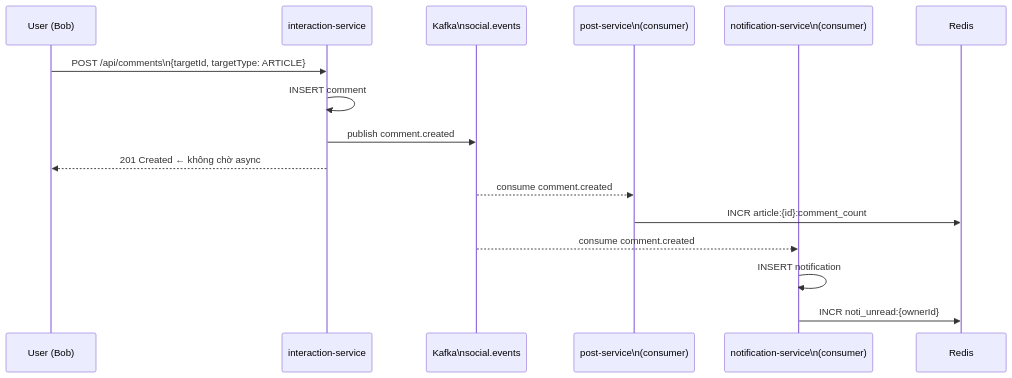
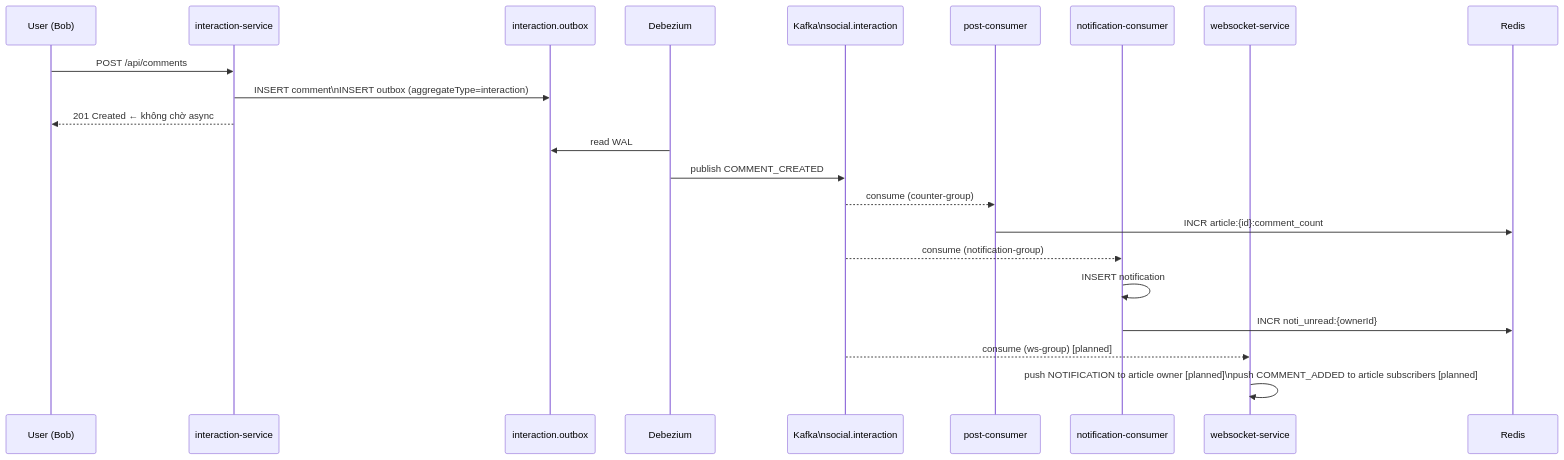
Before and after one commit to nguyen-tri-nhan/mini-social-network: the fourth of 6 diagrams in specs/be-overview.md, drawn with Mermaid. The commit also changed other lines of this file and 12 other files, not shown here.

````diff
--- a/specs/be-overview.md
+++ b/specs/be-overview.md
@@ -100,21 +170,29 @@
 ```mermaid
 sequenceDiagram
     participant U as User (Bob)
     participant IS as interaction-service
-    participant K as Kafka\nsocial.events
-    participant PS as post-service\n(consumer)
-    participant NS as notification-service\n(consumer)
+    participant DB as interaction.outbox
+    participant DEZ as Debezium
+    participant K as Kafka\nsocial.interaction
+    participant PC as post-consumer
+    participant NC as notification-consumer
+    participant WS as websocket-service
     participant R as Redis
 
-    U->>IS: POST /api/comments\n{targetId, targetType: ARTICLE}
-    IS->>IS: INSERT comment
-    IS->>K: publish comment.created
-    IS-->>U: 201 Created  ← không chờ async
+    U->>IS: POST /api/comments
+    IS->>DB: INSERT comment\nINSERT outbox (aggregateType=interaction)
+    IS-->>U: 201 Created ← không chờ async
 
-    K-->>PS: consume comment.created
-    PS->>R: INCR article:{id}:comment_count
+    DEZ->>DB: read WAL
+    DEZ->>K: publish COMMENT_CREATED
 
-    K-->>NS: consume comment.created
-    NS->>NS: INSERT notification
-    NS->>R: INCR noti_unread:{ownerId}
+    K-->>PC: consume (counter-group)
+    PC->>R: INCR article:{id}:comment_count
+
+    K-->>NC: consume (notification-group)
+    NC->>NC: INSERT notification
+    NC->>R: INCR noti_unread:{ownerId}
+
+    K-->>WS: consume (ws-group) [planned]
+    WS->>WS: push NOTIFICATION to article owner [planned]\npush COMMENT_ADDED to article subscribers [planned]
 ```
````
